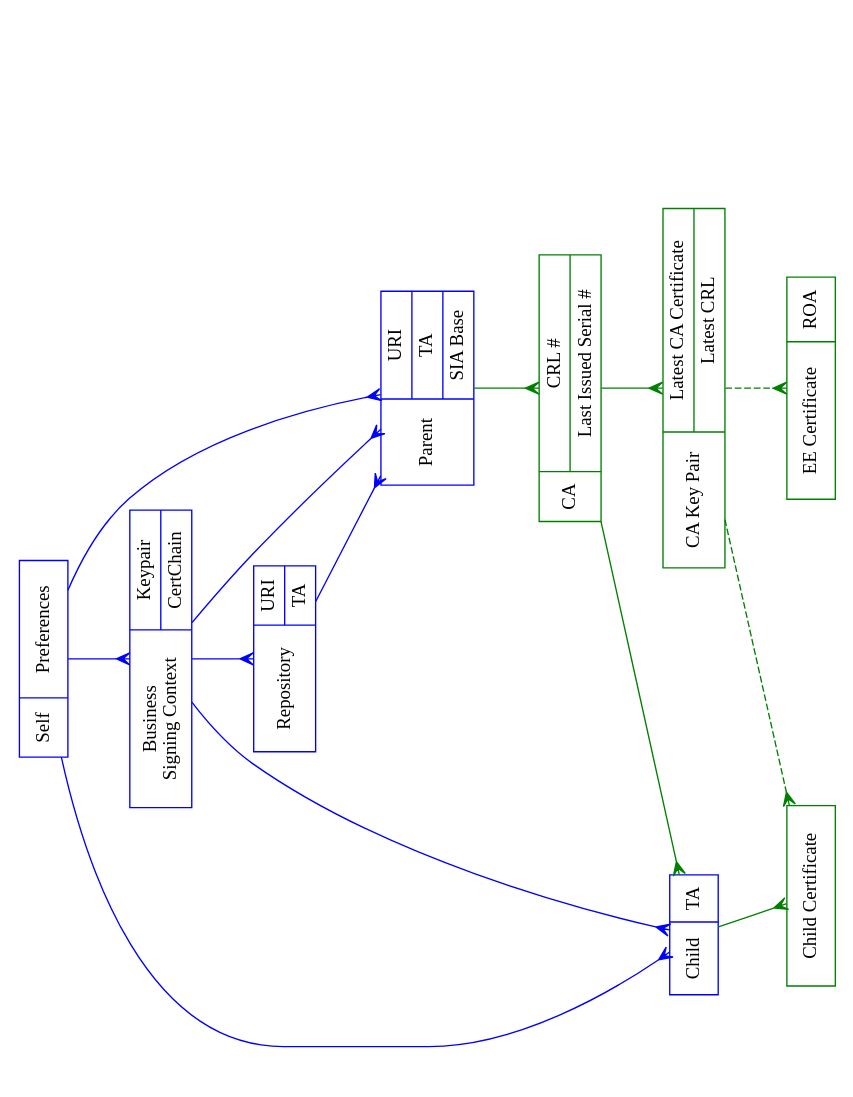
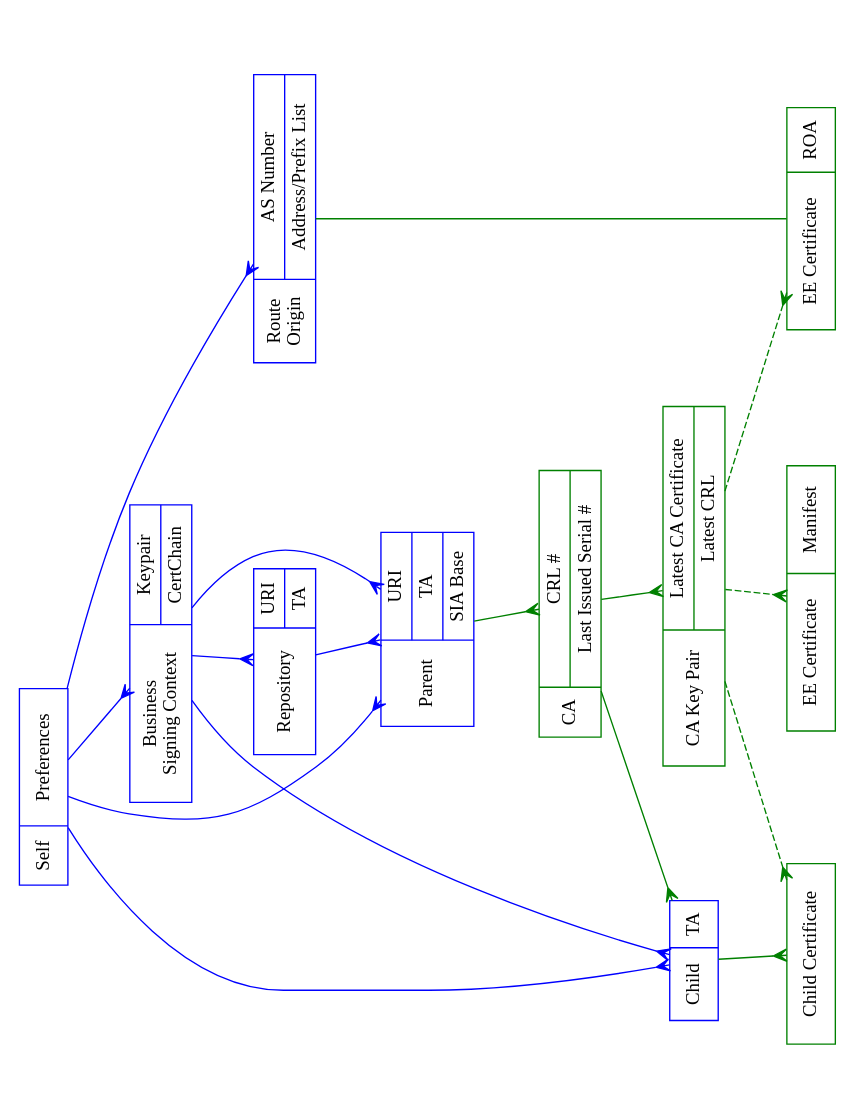
Before and after one commit to dragonresearch/rpki.net: the diagram in docs/repository-engine-objects.dot, drawn with Graphviz. The commit also changed 1 other file, not shown here.

Commit message:
Update picture to match left-right protocol support for route-origin
svn path=/docs/repository-engine-objects.dot; revision=641

```diff
--- a/docs/repository-engine-objects.dot
+++ b/docs/repository-engine-objects.dot
@@ -1,62 +1,70 @@
 // $URL$
 // $Id$
 //
 // {arrowhead,arrowtail} shapes indicate database object relationships:
 //   1-  none
 //   m-  crow
 //
 // Color code:
 //   Blue:  visible in left-right protocol
 //   Green: created on the fly
 
 digraph rpki_engine_objects {
 	rotate=90;	size="11,8.5";	splines=true;	ratio=fill;
 	node		[ shape=record ];
 
 	// Objects visible in left-to-right protocol
 	node		[ color=blue ];
 	self		[ label="Self|{Preferences}" ];
 	parent		[ label="Parent|{URI|TA|SIA Base}" ];
 	repo		[ label="Repository|{URI|TA}" ];
 	child		[ label="Child|{TA}" ];
 	biz_sign	[ label="Business\nSigning Context|{Keypair|CertChain}" ];
+	route_origin	[ label="Route\nOrigin|{AS Number|Address/Prefix List}" ];
 
 	// Objects created on the fly by the RPKI engine
 	node		[ color=green ];
 	ca		[ label="CA|{CRL #|Last Issued Serial #}" ];
 	child_cert	[ label="Child Certificate" ];
-	ee_cert		[ label="EE Certificate|{ROA}" ];
+	roa_ee_cert	[ label="EE Certificate|{ROA}" ];
+	man_ee_cert	[ label="EE Certificate|{Manifest}" ];
 	ca_key_pair	[ label="CA Key Pair|{Latest CA Certificate|Latest CRL}" ];
 
 	// One-many mappings
 	edge [ color=blue, arrowtail=none, arrowhead=crow ];
 	self -> biz_sign;
 	biz_sign -> child;
 	biz_sign -> parent;
 	biz_sign -> repo;
 	self -> child;
 	self -> parent;
 	repo -> parent;
+	self -> route_origin;
 
 	// This is many-many because each child is an entity, each CA
 	// can have multiple children, and each child can hold certs
 	// from multiple CAs (thanks, RobL).
 	//
 	ca -> child	[ color=green, arrowtail=crow, arrowhead=crow ];
-
 
 	// One-many mappings
 	edge [ color=green, arrowtail=none, arrowhead=crow ];
 	ca -> ca_key_pair;
 	child -> child_cert;
 	parent -> ca;
 
 	// Weird one-many
 	edge [ color=green, arrowtail=none, arrowhead=crow, style=dashed ];
 	ca_key_pair -> child_cert;
-	ca_key_pair -> ee_cert;
+	ca_key_pair -> roa_ee_cert;
+	ca_key_pair -> man_ee_cert;
+
+	// One-one mapping -- separate object to highlight dynamic nature
+	edge [ color=green, arrowtail=none, arrowhead=none, style=solid ];
+	route_origin -> roa_ee_cert;
+
 }
 
 // Local Variables:
 // compile-command: "dot -Tps2 repository-engine-objects.dot | ps2pdf - repository-engine-objects.pdf"
 // End:
```
